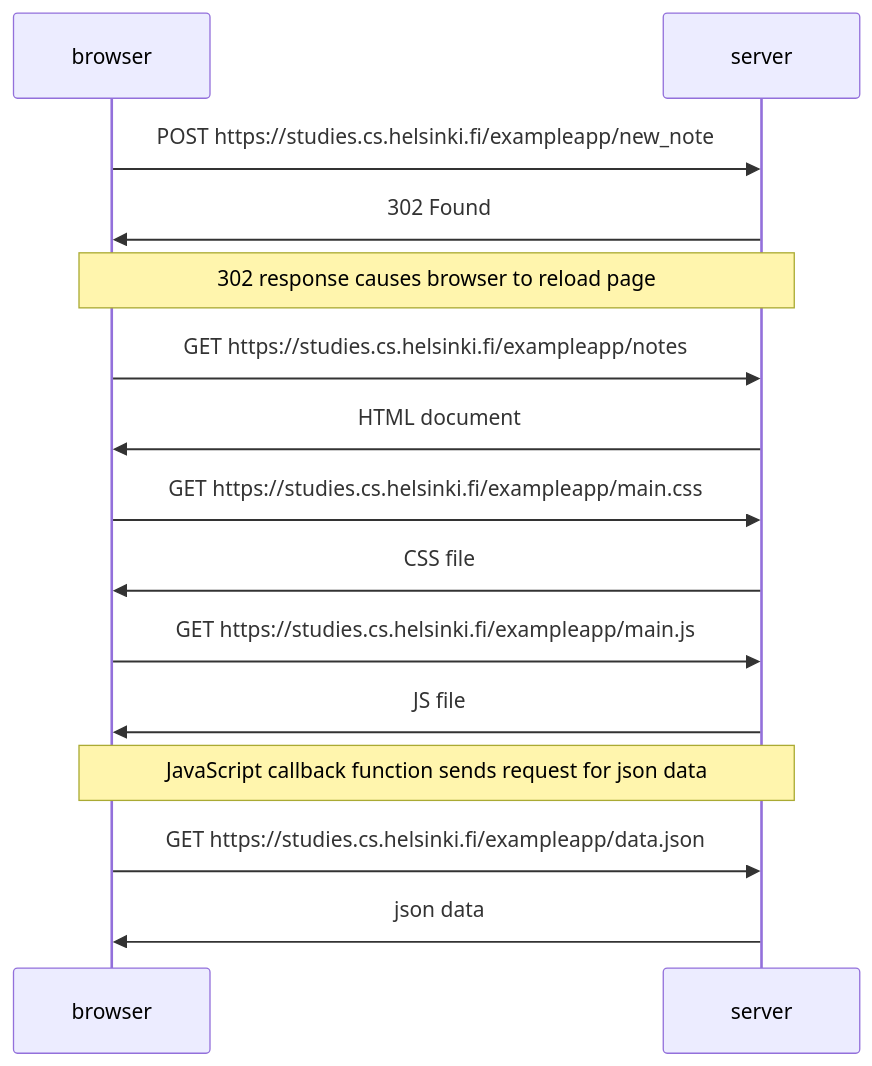
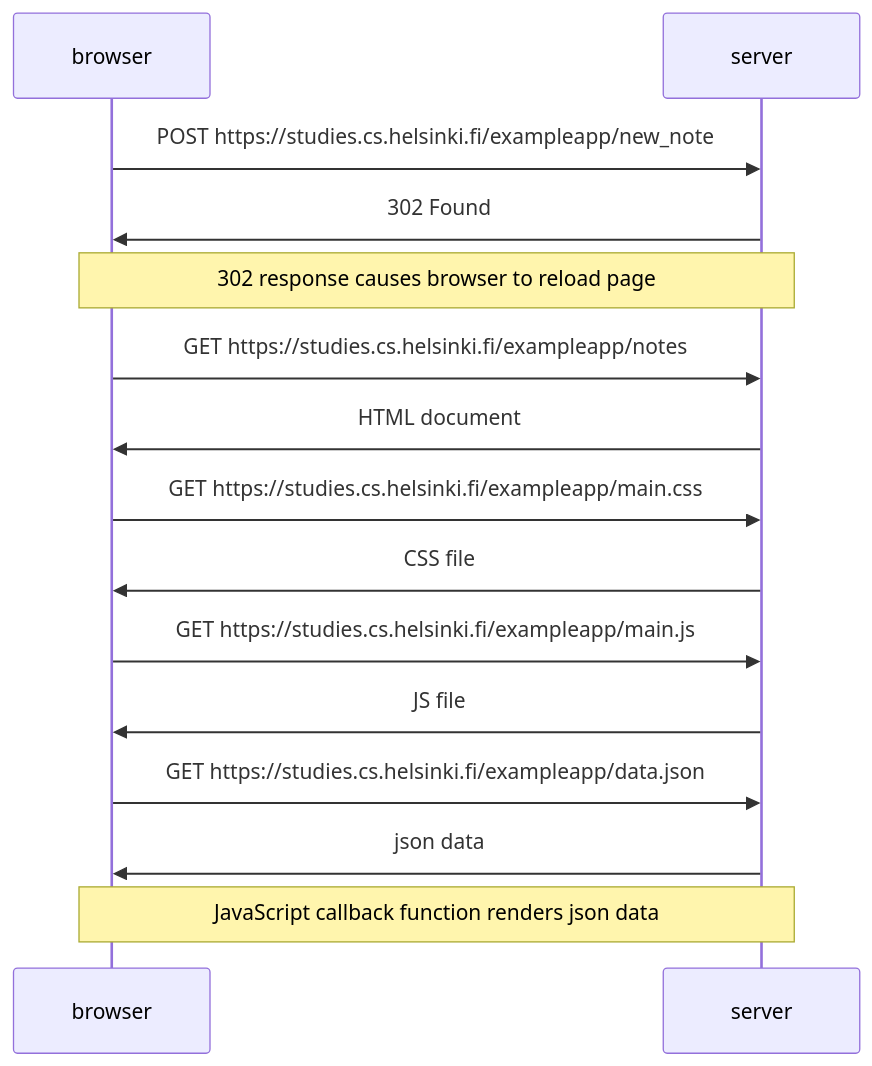
One commit to tumffa/FullStackOpen changed the diagram in osa0/teht4.md. Above: the diagram before and after it, drawn with Mermaid.

````diff
--- a/osa0/teht4.md
+++ b/osa0/teht4.md
@@ -1,17 +1,17 @@
 ```mermaid
 sequenceDiagram
     participant browser
     participant server
     browser->>server: POST https://studies.cs.helsinki.fi/exampleapp/new_note
     server->>browser: 302 Found
     Note over browser,server: 302 response causes browser to reload page
     browser->>server: GET https://studies.cs.helsinki.fi/exampleapp/notes
     server->>browser: HTML document
     browser->>server: GET https://studies.cs.helsinki.fi/exampleapp/main.css
     server->>browser: CSS file
     browser->>server: GET https://studies.cs.helsinki.fi/exampleapp/main.js
     server->>browser: JS file
-        Note over browser,server: JavaScript callback function sends request for json data
     browser->>server: GET https://studies.cs.helsinki.fi/exampleapp/data.json
     server->>browser: json data
+    Note over browser,server: JavaScript callback function renders json data
 ```
````
